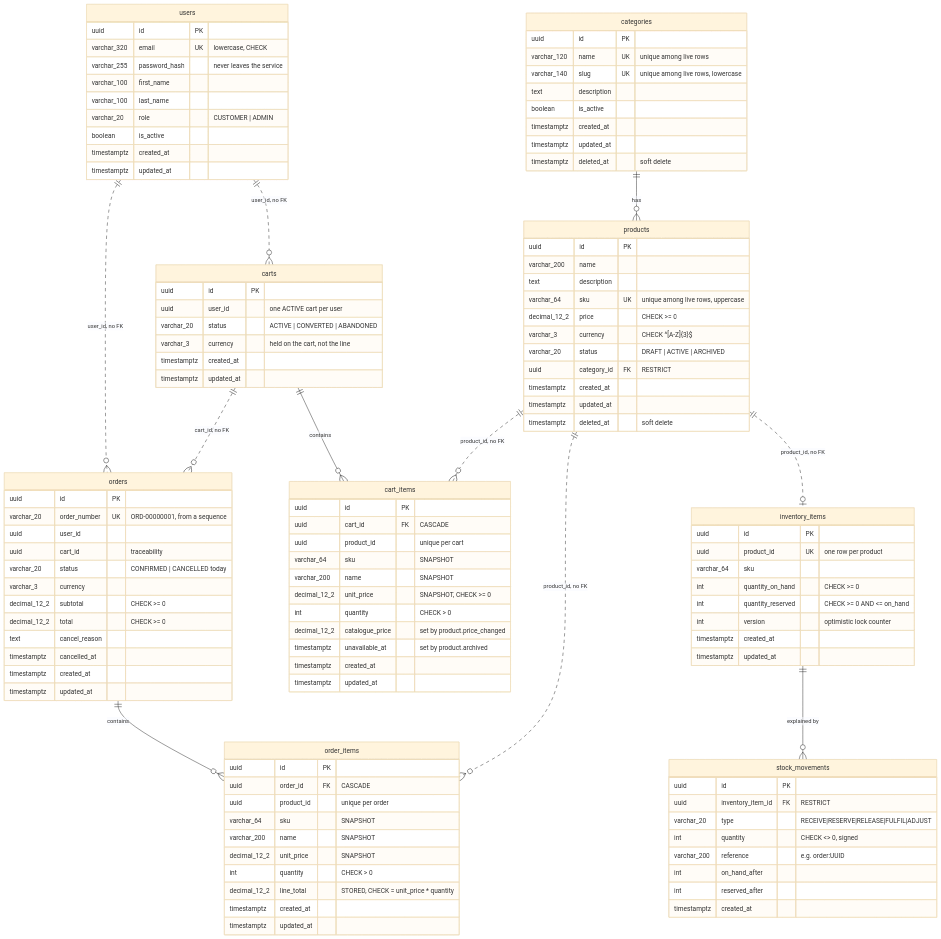
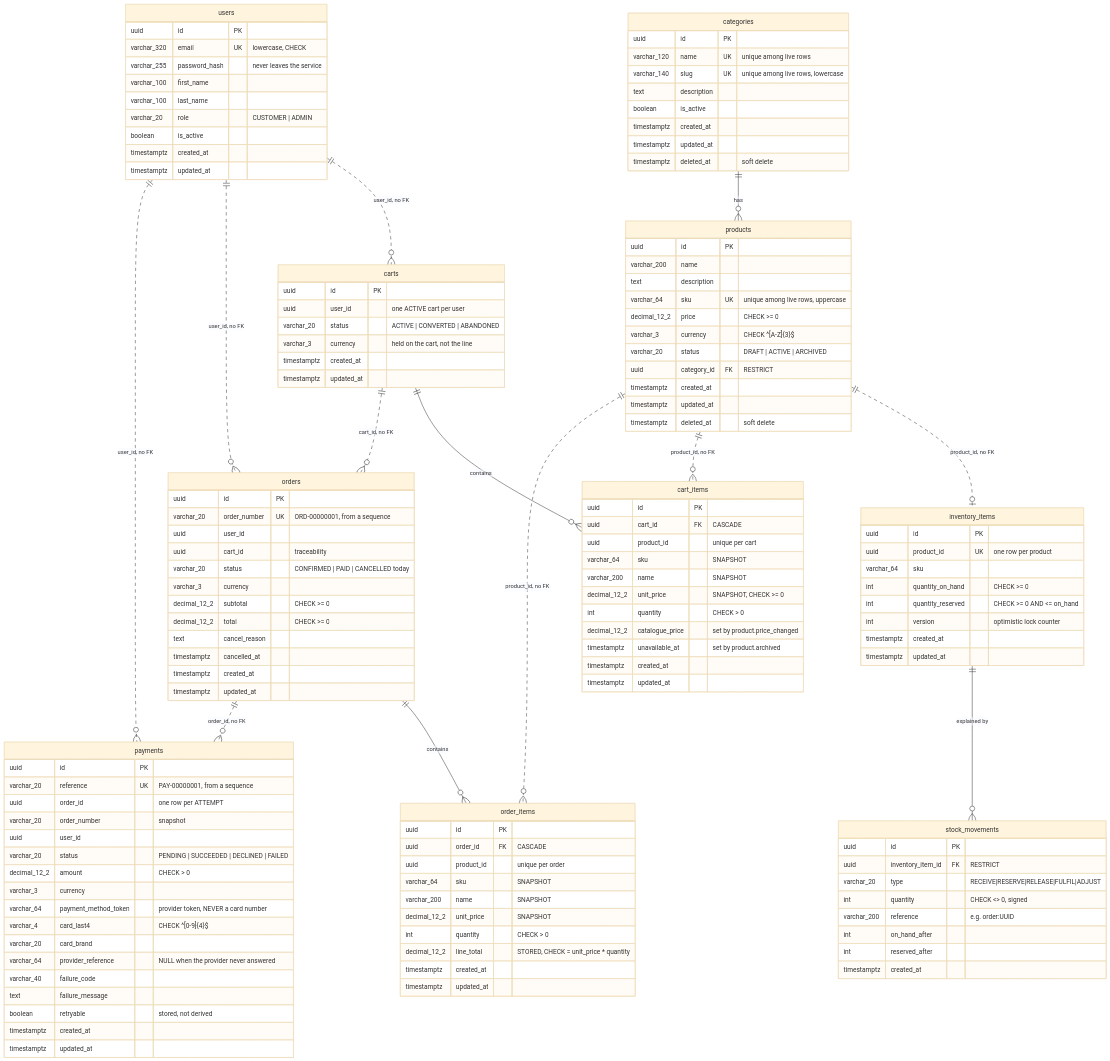
The diagram in docs/SCHEMA.md (Rashid75/nestjs-ecommerce-microservices), drawn with Mermaid (base theme) before and after one commit. The commit also changed other lines of this file and 45 other files, not shown here.

````diff
--- a/docs/SCHEMA.md
+++ b/docs/SCHEMA.md
@@ -112,7 +113,7 @@
         varchar_20 order_number UK "ORD-00000001, from a sequence"
         uuid user_id
         uuid cart_id "traceability"
-        varchar_20 status "CONFIRMED | CANCELLED today"
+        varchar_20 status "CONFIRMED | PAID | CANCELLED today"
         varchar_3 currency
         decimal_12_2 subtotal "CHECK >= 0"
         decimal_12_2 total "CHECK >= 0"
@@ -135,6 +136,26 @@
         timestamptz updated_at
     }
 
+    payments {
+        uuid id PK
+        varchar_20 reference UK "PAY-00000001, from a sequence"
+        uuid order_id "one row per ATTEMPT"
+        varchar_20 order_number "snapshot"
+        uuid user_id
+        varchar_20 status "PENDING | SUCCEEDED | DECLINED | FAILED"
+        decimal_12_2 amount "CHECK > 0"
+        varchar_3 currency
+        varchar_64 payment_method_token "provider token, NEVER a card number"
+        varchar_4 card_last4 "CHECK ^[0-9]{4}$"
+        varchar_20 card_brand
+        varchar_64 provider_reference "NULL when the provider never answered"
+        varchar_40 failure_code
+        text failure_message
+        boolean retryable "stored, not derived"
+        timestamptz created_at
+        timestamptz updated_at
+    }
+
     categories ||--o{ products : "has"
     inventory_items ||--o{ stock_movements : "explained by"
     carts ||--o{ cart_items : "contains"
@@ -146,4 +167,6 @@
     products ||..o{ cart_items : "product_id, no FK"
     products ||..o{ order_items : "product_id, no FK"
     carts ||..o{ orders : "cart_id, no FK"
+    orders ||..o{ payments : "order_id, no FK"
+    users ||..o{ payments : "user_id, no FK"
 ```
````
